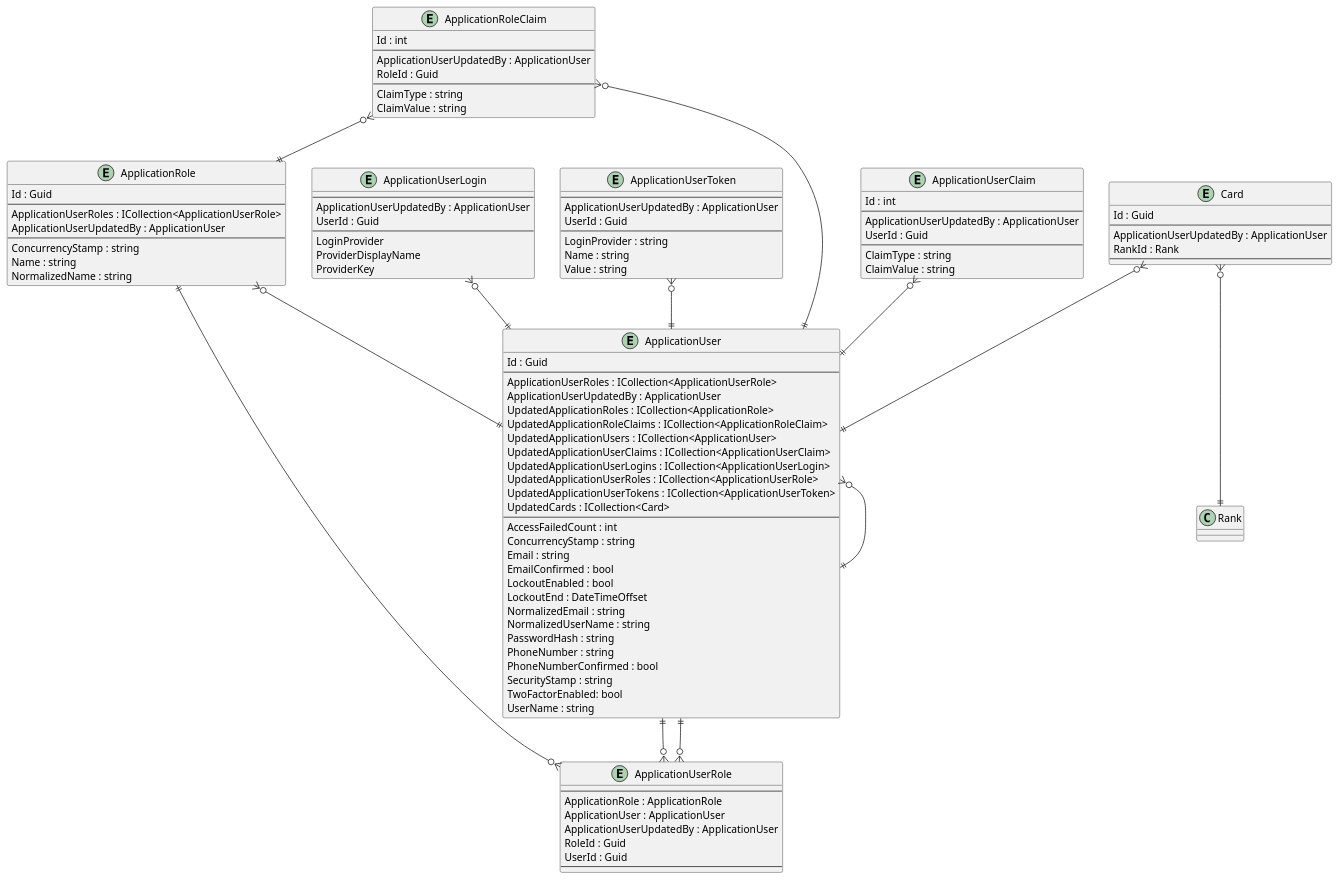
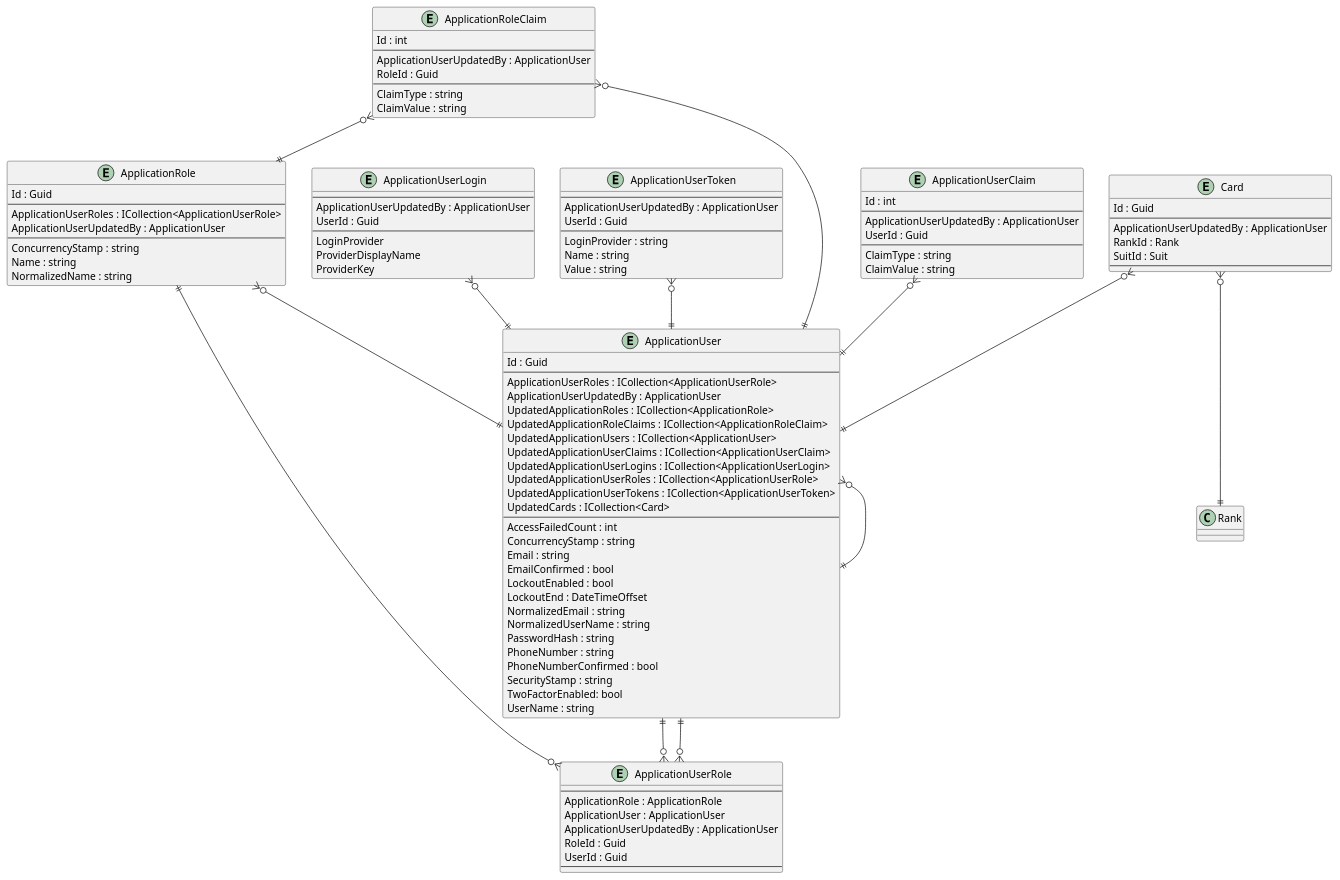
Before and after one commit to intrepion/intrepion_klondike-solitaire_csharp: the diagram in .docs/Intrepion.KlondikeSolitaire.pu, drawn with PlantUML.

```diff
--- a/.docs/Intrepion.KlondikeSolitaire.pu
+++ b/.docs/Intrepion.KlondikeSolitaire.pu
@@ -1,122 +1,123 @@
 @startuml
 
 entity ApplicationRole {
     Id : Guid
     --
     ApplicationUserRoles : ICollection<ApplicationUserRole>
     ApplicationUserUpdatedBy : ApplicationUser
     --
     ConcurrencyStamp : string
     Name : string
     NormalizedName : string
 }
 
 entity ApplicationRoleClaim {
     Id : int
     --
     ApplicationUserUpdatedBy : ApplicationUser
     RoleId : Guid
     --
     ClaimType : string
     ClaimValue : string
 }
 
 entity ApplicationUser {
     Id : Guid
     --
     ApplicationUserRoles : ICollection<ApplicationUserRole>
     ApplicationUserUpdatedBy : ApplicationUser
     UpdatedApplicationRoles : ICollection<ApplicationRole>
     UpdatedApplicationRoleClaims : ICollection<ApplicationRoleClaim>
     UpdatedApplicationUsers : ICollection<ApplicationUser>
     UpdatedApplicationUserClaims : ICollection<ApplicationUserClaim>
     UpdatedApplicationUserLogins : ICollection<ApplicationUserLogin>
     UpdatedApplicationUserRoles : ICollection<ApplicationUserRole>
     UpdatedApplicationUserTokens : ICollection<ApplicationUserToken>
     UpdatedCards : ICollection<Card>
     ' ApplicationUserKeyCodePlaceholder
     --
     AccessFailedCount : int
     ConcurrencyStamp : string
     Email : string
     EmailConfirmed : bool
     LockoutEnabled : bool
     LockoutEnd : DateTimeOffset
     NormalizedEmail : string
     NormalizedUserName : string
     PasswordHash : string
     PhoneNumber : string
     PhoneNumberConfirmed : bool
     SecurityStamp : string
     TwoFactorEnabled: bool
     UserName : string
 }
 
 entity ApplicationUserClaim {
     Id : int
     --
     ApplicationUserUpdatedBy : ApplicationUser
     UserId : Guid
     --
     ClaimType : string
     ClaimValue : string
 }
 
 entity ApplicationUserLogin {
     --
     ApplicationUserUpdatedBy : ApplicationUser
     UserId : Guid
     --
     LoginProvider
     ProviderDisplayName
     ProviderKey
 }
 
 entity ApplicationUserRole {
     --
     ApplicationRole : ApplicationRole
     ApplicationUser : ApplicationUser
     ApplicationUserUpdatedBy : ApplicationUser
     RoleId : Guid
     UserId : Guid
     --
 }
 
 entity ApplicationUserToken {
     --
     ApplicationUserUpdatedBy : ApplicationUser
     UserId : Guid
     --
     LoginProvider : string
     Name : string
     Value : string
 }
 
 entity Card {
     Id : Guid
     --
     ApplicationUserUpdatedBy : ApplicationUser
     RankId : Rank
+    SuitId : Suit
     ' CardKeyCodePlaceholder
     --
     ' CardPropertyCodePlaceholder
 }
 
 ' EntityCodePlaceholder
 
 ApplicationRole ||--o{ ApplicationUserRole
 ApplicationRole }o--|| ApplicationUser
 ApplicationRoleClaim }o--|| ApplicationRole
 ApplicationRoleClaim }o--|| ApplicationUser
 ApplicationUser }o--|| ApplicationUser
 ApplicationUser ||--o{ ApplicationUserRole
 ApplicationUserClaim }o--|| ApplicationUser
 ApplicationUserLogin }o--|| ApplicationUser
 ApplicationUserRole }o--|| ApplicationUser
 ApplicationUserToken }o--|| ApplicationUser
 
 Card }o--|| ApplicationUser
 Card }o--|| Rank
 ' RelationshipCodePlaceholder
 
 @enduml
```
